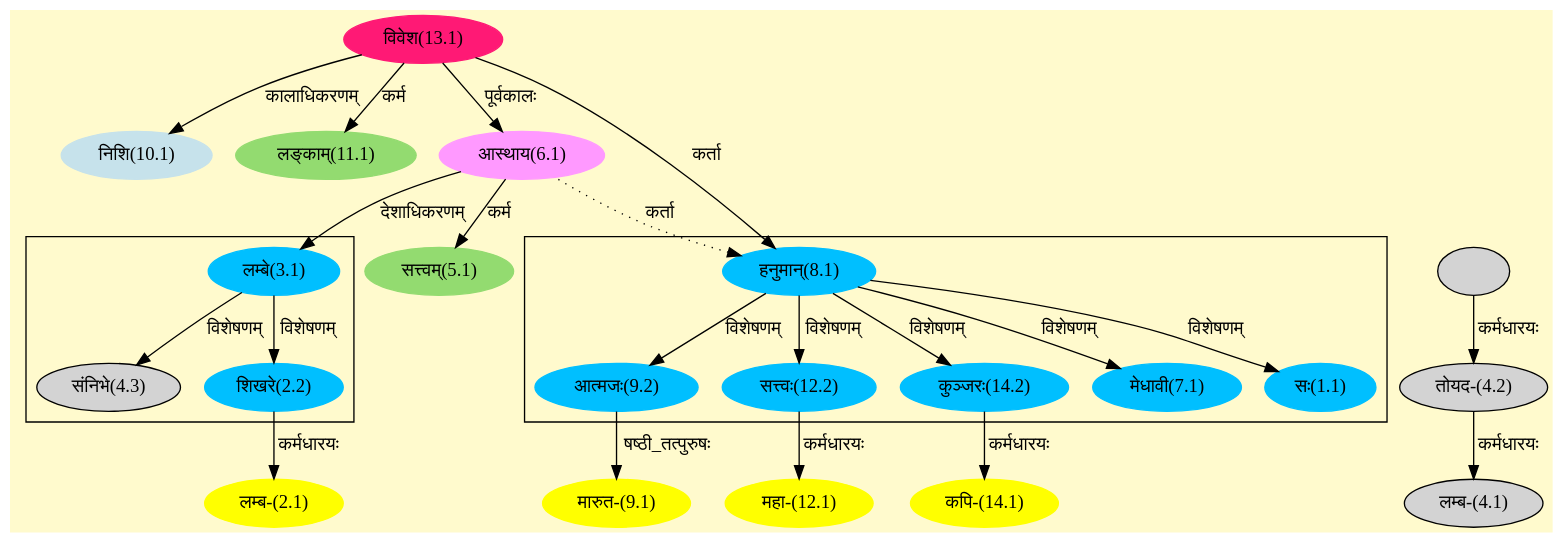
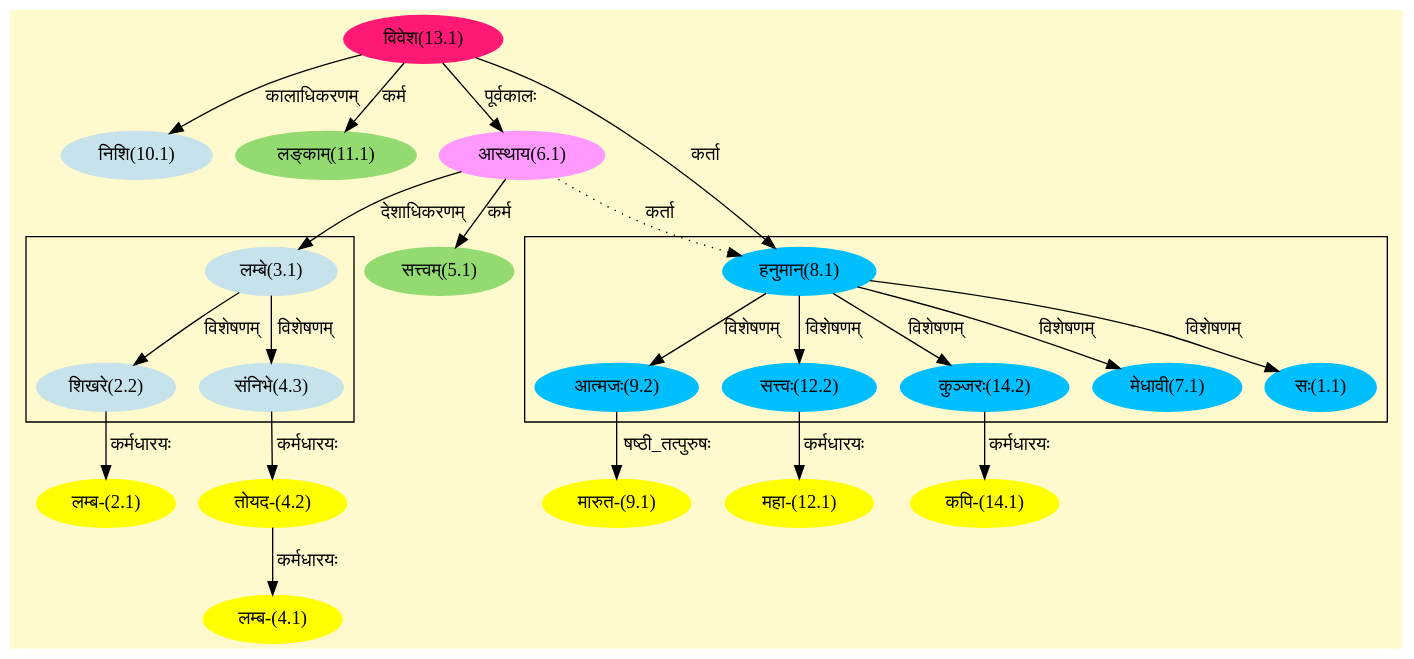
Before and after one commit to amarranjan1/skd.github.io: the diagram in assets/graphs/03_001-002.1_1.dot, drawn with Graphviz. The commit also changed 60 other files, not shown here.

```diff
--- a/assets/graphs/03_001-002.1_1.dot
+++ b/assets/graphs/03_001-002.1_1.dot
@@ -1,63 +1,63 @@
 digraph G{
 rankdir=BT;
  compound=true;
  bgcolor="lemonchiffon1";
 
 subgraph cluster_1{
 Node1_1 [style=filled, color="#00BFFF" label = "सः(1.1)"]
 Node8_1 [style=filled, color="#00BFFF" label = "हनुमान्(8.1)"]
 Node7_1 [style=filled, color="#00BFFF" label = "मेधावी(7.1)"]
 Node9_2 [style=filled, color="#00BFFF" label = "आत्मजः(9.2)"]
 Node12_2 [style=filled, color="#00BFFF" label = "सत्त्वः(12.2)"]
 Node14_2 [style=filled, color="#00BFFF" label = "कुञ्जरः(14.2)"]
 
 }
 
 subgraph cluster_2{
-Node2_2 [style=filled, color="#00BFFF" label = "शिखरे(2.2)"]
-Node3_1 [style=filled, color="#00BFFF" label = "लम्बे(3.1)"]
-Node4_3 [style=filled, color="" label = "संनिभे(4.3)"]
+Node2_2 [style=filled, color="#C6E2EB" label = "शिखरे(2.2)"]
+Node3_1 [style=filled, color="#C6E2EB" label = "लम्बे(3.1)"]
+Node4_3 [style=filled, color="#C6E2EB" label = "संनिभे(4.3)"]
 
 }
 Node2_1 [style=filled, color="#FFFF00" label = "लम्ब-(2.1)"]
-Node2_2 [style=filled, color="#00BFFF" label = "शिखरे(2.2)"]
-Node3_1 [style=filled, color="#00BFFF" label = "लम्बे(3.1)"]
+Node2_2 [style=filled, color="#C6E2EB" label = "शिखरे(2.2)"]
+Node3_1 [style=filled, color="#C6E2EB" label = "लम्बे(3.1)"]
 Node6_1 [style=filled, color="#FF99FF" label = "आस्थाय(6.1)"]
-Node4_1 [style=filled, color="" label = "लम्ब-(4.1)"]
-Node4_2 [style=filled, color="" label = "तोयद-(4.2)"]
-Node4_23 [style=filled, color="" label = ""]
+Node4_1 [style=filled, color="#FFFF00" label = "लम्ब-(4.1)"]
+Node4_2 [style=filled, color="#FFFF00" label = "तोयद-(4.2)"]
+Node4_3 [style=filled, color="#C6E2EB" label = "संनिभे(4.3)"]
 Node5_1 [style=filled, color="#93DB70" label = "सत्त्वम्(5.1)"]
 Node13_1 [style=filled, color="#FF1975" label = "विवेश(13.1)"]
 Node8_1 [style=filled, color="#00BFFF" label = "हनुमान्(8.1)"]
 Node9_1 [style=filled, color="#FFFF00" label = "मारुत-(9.1)"]
 Node9_2 [style=filled, color="#00BFFF" label = "आत्मजः(9.2)"]
 Node10_1 [style=filled, color="#C6E2EB" label = "निशि(10.1)"]
 Node11_1 [style=filled, color="#93DB70" label = "लङ्काम्(11.1)"]
 Node12_1 [style=filled, color="#FFFF00" label = "महा-(12.1)"]
 Node12_2 [style=filled, color="#00BFFF" label = "सत्त्वः(12.2)"]
 Node [style=filled, color="" label = "()"]
 Node14_1 [style=filled, color="#FFFF00" label = "कपि-(14.1)"]
 Node14_2 [style=filled, color="#00BFFF" label = "कुञ्जरः(14.2)"]
 /* Start of Relations section */
 
 Node1_1 -> Node8_1 [  label="विशेषणम्"  dir="back" ]
 Node2_1 -> Node2_2 [  label="कर्मधारयः"  dir="back" ]
 Node2_2 -> Node3_1 [  label="विशेषणम्"  dir="back" ]
 Node3_1 -> Node6_1 [  label="देशाधिकरणम्"  dir="back" ]
 Node4_1 -> Node4_2 [  label="कर्मधारयः"  dir="back" ]
-Node4_2 -> Node4_23 [  label="कर्मधारयः"  dir="back" ]
+Node4_2 -> Node4_3 [  label="कर्मधारयः"  dir="back" ]
 Node4_3 -> Node3_1 [  label="विशेषणम्"  dir="back" ]
 Node5_1 -> Node6_1 [  label="कर्म"  dir="back" ]
 Node6_1 -> Node13_1 [  label="पूर्वकालः"  dir="back" ]
 Node7_1 -> Node8_1 [  label="विशेषणम्"  dir="back" ]
 Node8_1 -> Node13_1 [  label="कर्ता"  dir="back" ]
 Node8_1 -> Node6_1 [ style=dotted label="कर्ता"  dir="back" ]
 Node9_1 -> Node9_2 [  label="षष्ठी_तत्पुरुषः"  dir="back" ]
 Node9_2 -> Node8_1 [  label="विशेषणम्"  dir="back" ]
 Node10_1 -> Node13_1 [  label="कालाधिकरणम्"  dir="back" ]
 Node11_1 -> Node13_1 [  label="कर्म"  dir="back" ]
 Node12_1 -> Node12_2 [  label="कर्मधारयः"  dir="back" ]
 Node12_2 -> Node8_1 [  label="विशेषणम्"  dir="back" ]
 Node14_1 -> Node14_2 [  label="कर्मधारयः"  dir="back" ]
 Node14_2 -> Node8_1 [  label="विशेषणम्"  dir="back" ]
 }
```
